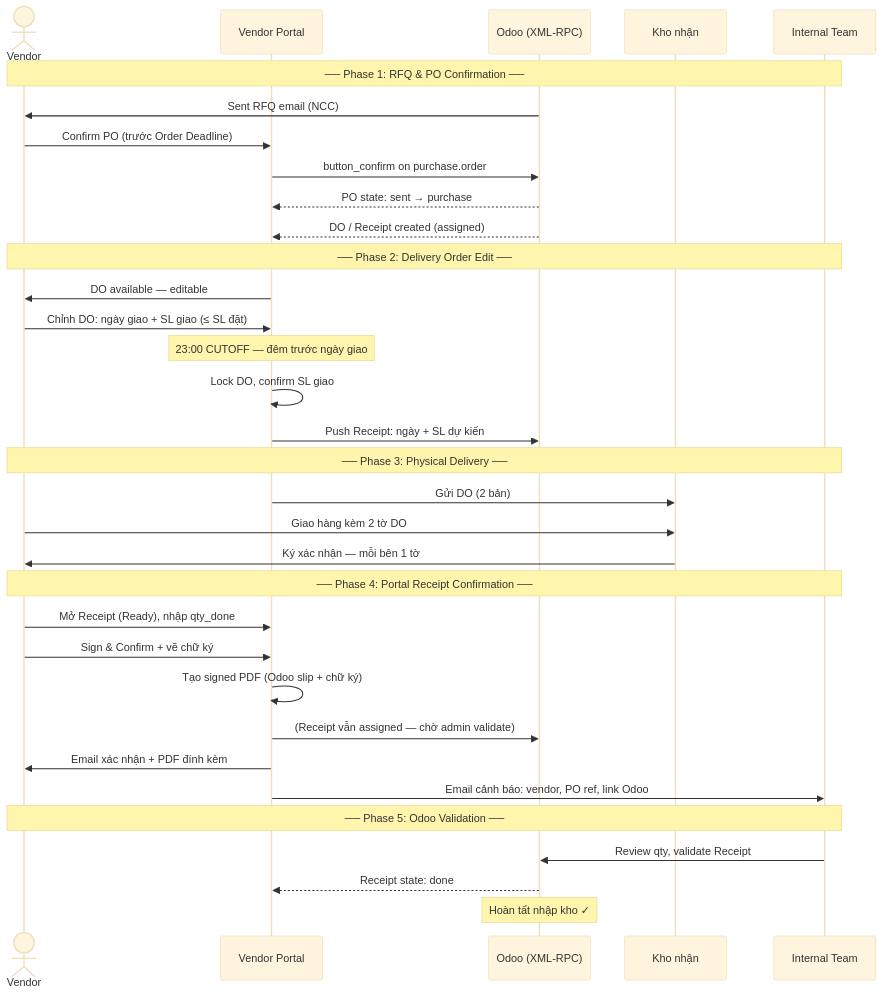
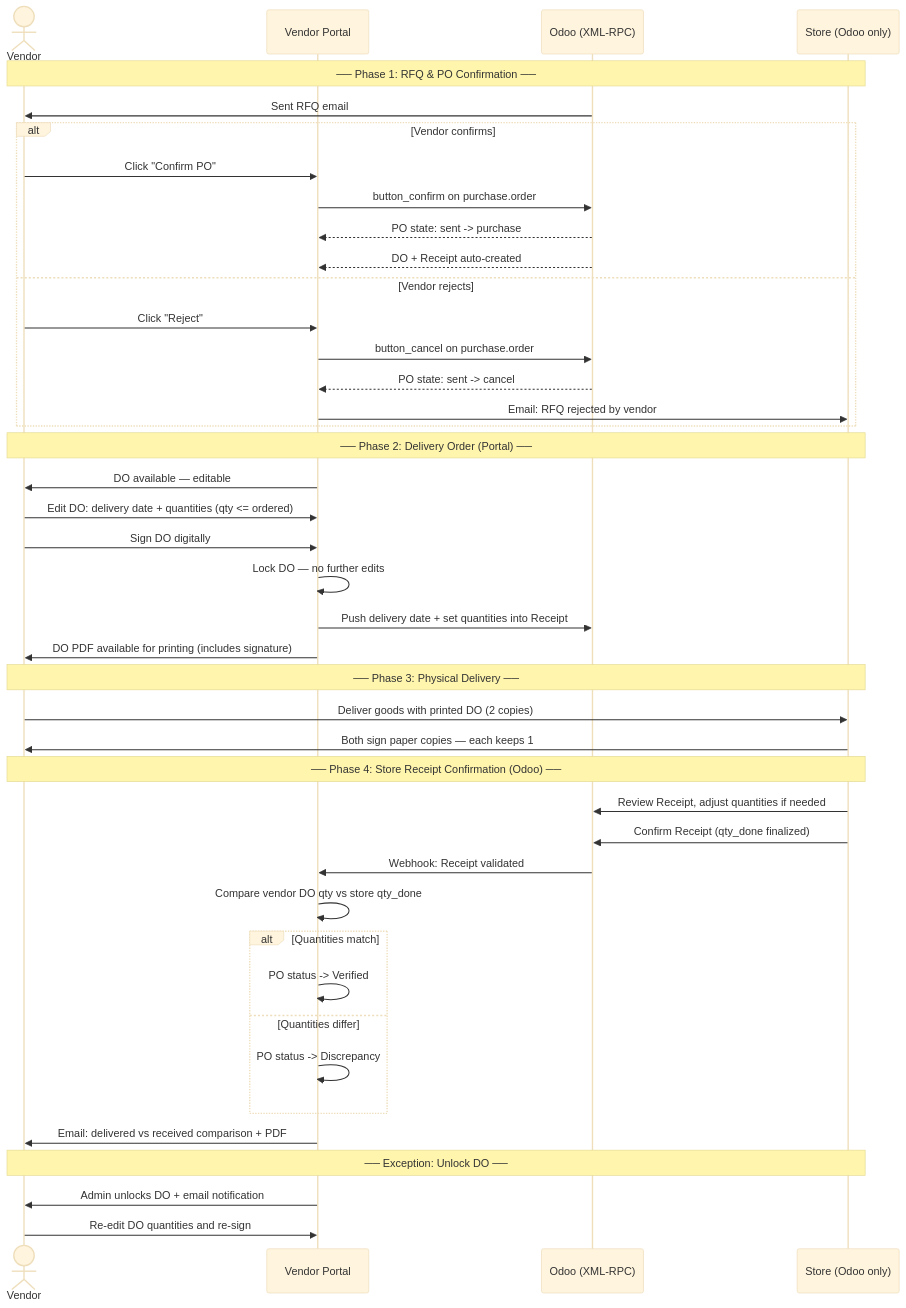
The third of 4 diagrams in PROCESS_FLOW.md (ngohuuduc/3S_vendor_portal), drawn with Mermaid (base theme) before and after one commit. The commit also changed other lines of this file and 1 other file, not shown here.

First line of the commit message:
Update specs with confirmed Round 1 & 2 decisions: DO workflow, portal statuses, rejection flow

````diff
--- a/PROCESS_FLOW.md
+++ b/PROCESS_FLOW.md
@@ -120,40 +113,49 @@
 ```mermaid
 sequenceDiagram
     actor Vendor
     participant Portal as Vendor Portal
     participant Odoo as Odoo (XML-RPC)
-    participant Kho as Kho nhận
-    participant Team as Internal Team
+    participant Store as Store (Odoo only)
 
-    Note over Vendor,Team: ── Phase 1: RFQ & PO Confirmation ──
-    Odoo->>Vendor: Sent RFQ email (NCC)
-    Vendor->>Portal: Confirm PO (trước Order Deadline)
-    Portal->>Odoo: button_confirm on purchase.order
-    Odoo-->>Portal: PO state: sent → purchase
-    Odoo-->>Portal: DO / Receipt created (assigned)
+    Note over Vendor,Store: ── Phase 1: RFQ & PO Confirmation ──
+    Odoo->>Vendor: Sent RFQ email
+    alt Vendor confirms
+        Vendor->>Portal: Click "Confirm PO"
+        Portal->>Odoo: button_confirm on purchase.order
+        Odoo-->>Portal: PO state: sent -> purchase
+        Odoo-->>Portal: DO + Receipt auto-created
+    else Vendor rejects
+        Vendor->>Portal: Click "Reject"
+        Portal->>Odoo: button_cancel on purchase.order
+        Odoo-->>Portal: PO state: sent -> cancel
+        Portal->>Store: Email: RFQ rejected by vendor
+    end
 
-    Note over Vendor,Team: ── Phase 2: Delivery Order Edit ──
+    Note over Vendor,Store: ── Phase 2: Delivery Order (Portal) ──
     Portal->>Vendor: DO available — editable
-    Vendor->>Portal: Chỉnh DO: ngày giao + SL giao (≤ SL đặt)
-    Note over Portal: 23:00 CUTOFF — đêm trước ngày giao
-    Portal->>Portal: Lock DO, confirm SL giao
-    Portal->>Odoo: Push Receipt: ngày + SL dự kiến
+    Vendor->>Portal: Edit DO: delivery date + quantities (qty <= ordered)
+    Vendor->>Portal: Sign DO digitally
+    Portal->>Portal: Lock DO — no further edits
+    Portal->>Odoo: Push delivery date + set quantities into Receipt
+    Portal->>Vendor: DO PDF available for printing (includes signature)
 
-    Note over Vendor,Team: ── Phase 3: Physical Delivery ──
-    Portal->>Kho: Gửi DO (2 bản)
-    Vendor->>Kho: Giao hàng kèm 2 tờ DO
-    Kho->>Vendor: Ký xác nhận — mỗi bên 1 tờ
+    Note over Vendor,Store: ── Phase 3: Physical Delivery ──
+    Vendor->>Store: Deliver goods with printed DO (2 copies)
+    Store->>Vendor: Both sign paper copies — each keeps 1
 
-    Note over Vendor,Team: ── Phase 4: Portal Receipt Confirmation ──
-    Vendor->>Portal: Mở Receipt (Ready), nhập qty_done
-    Vendor->>Portal: Sign & Confirm + vẽ chữ ký
-    Portal->>Portal: Tạo signed PDF (Odoo slip + chữ ký)
-    Portal->>Odoo: (Receipt vẫn assigned — chờ admin validate)
-    Portal->>Vendor: Email xác nhận + PDF đính kèm
-    Portal->>Team: Email cảnh báo: vendor, PO ref, link Odoo
+    Note over Vendor,Store: ── Phase 4: Store Receipt Confirmation (Odoo) ──
+    Store->>Odoo: Review Receipt, adjust quantities if needed
+    Store->>Odoo: Confirm Receipt (qty_done finalized)
+    Odoo->>Portal: Webhook: Receipt validated
+    Portal->>Portal: Compare vendor DO qty vs store qty_done
+    alt Quantities match
+        Portal->>Portal: PO status -> Verified
+    else Quantities differ
+        Portal->>Portal: PO status -> Discrepancy
+    end
+    Portal->>Vendor: Email: delivered vs received comparison + PDF
 
-    Note over Vendor,Team: ── Phase 5: Odoo Validation ──
-    Team->>Odoo: Review qty, validate Receipt
-    Odoo-->>Portal: Receipt state: done
-    Note over Odoo: Hoàn tất nhập kho ✓
+    Note over Vendor,Store: ── Exception: Unlock DO ──
+    Portal->>Vendor: Admin unlocks DO + email notification
+    Vendor->>Portal: Re-edit DO quantities and re-sign
 ```
````
